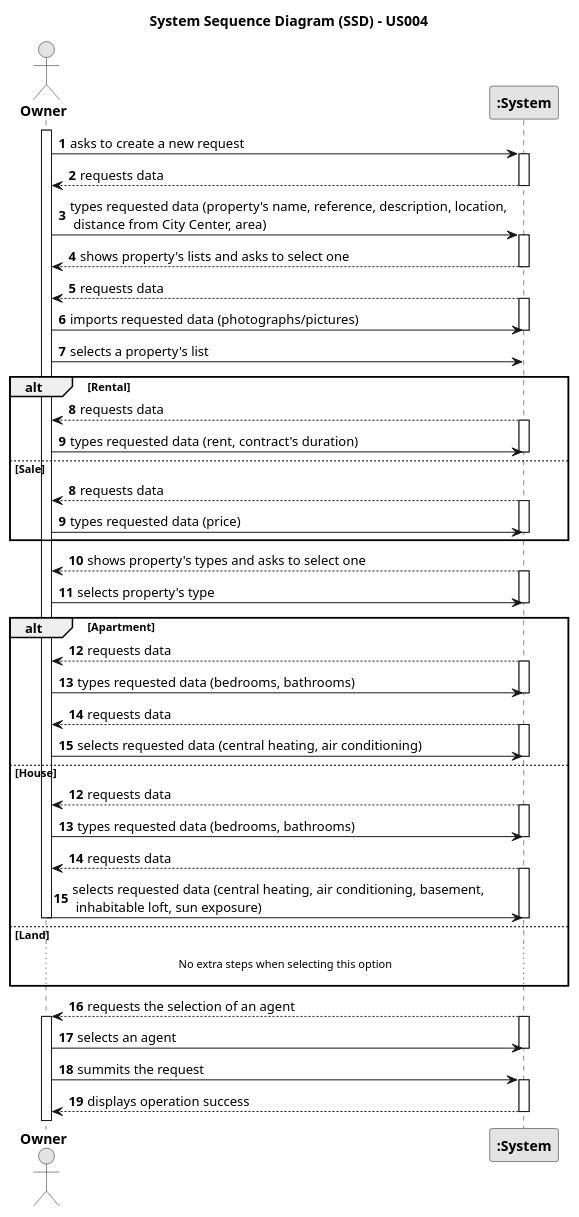
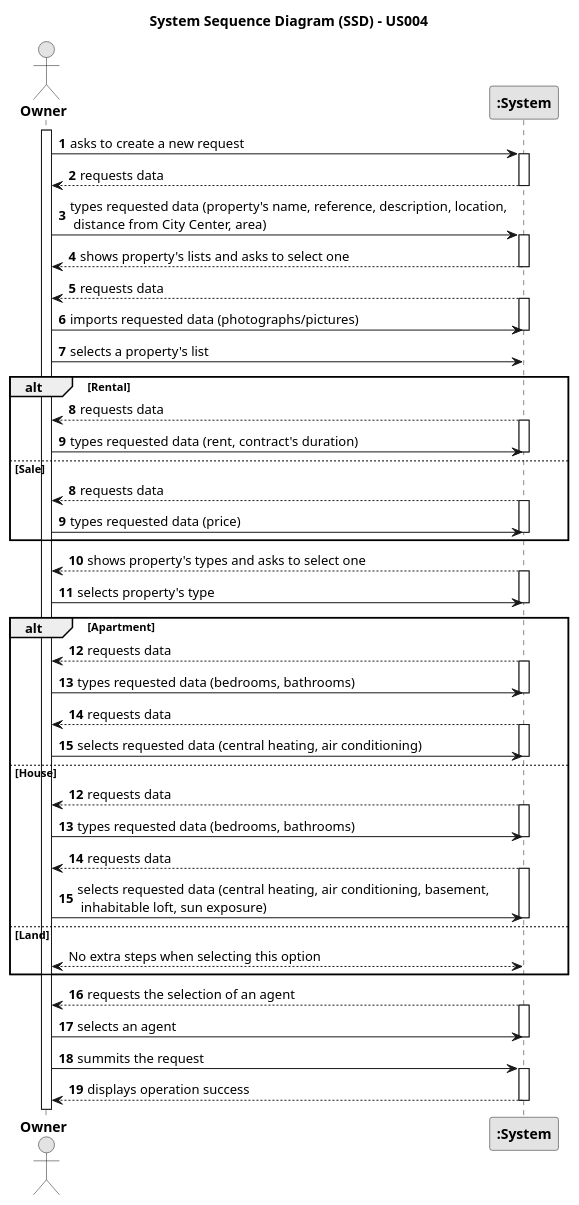
One commit to rita-barbosa/LAPR2-2223 changed the diagram in docs/sprintA/us004/01.requirements-engineering/puml/us004-system-sequence-diagram.puml. Above: the diagram before and after it, drawn with PlantUML. The commit also changed 7 other files, not shown here.

```diff
--- a/docs/sprintA/us004/01.requirements-engineering/puml/us004-system-sequence-diagram.puml
+++ b/docs/sprintA/us004/01.requirements-engineering/puml/us004-system-sequence-diagram.puml
@@ -1,108 +1,110 @@
 @startuml
 skinparam monochrome true
 skinparam packageStyle rectangle
 skinparam shadowing false
 
 title System Sequence Diagram (SSD) - US004
 
 autonumber
 
 actor "<b>Owner</b>" as Owner
 participant "<b>:System</b>" as System
 
 activate Owner
 
     Owner -> System : asks to create a new request
     activate System
 
         System --> Owner : requests data
     deactivate System
 
     Owner -> System : types requested data (property's name, reference, description, location,\n distance from City Center, area)
     activate System
 
         System --> Owner : shows property's lists and asks to select one
     deactivate System
 
 
     System --> "Owner" : requests data
     activate System
     Owner -> System : imports requested data (photographs/pictures)
 
         deactivate System
 
     Owner -> System : selects a property's list
 '    activate System
 '    deactivate System
 
     alt Rental
         autonumber 8
         System --> "Owner": requests data
         activate System
 
         "Owner" -> System: types requested data (rent, contract's duration)
         deactivate System
 
     else Sale
         autonumber 8
          System --> "Owner": requests data
         activate System
 
         "Owner" -> System: types requested data (price)
         deactivate System
 
     end
 
     System --> "Owner" : shows property's types and asks to select one
     activate System
     Owner -> System : selects property's type
     deactivate System
 
+
    alt Apartment
 
         System --> "Owner": requests data
         activate System
 
         "Owner" -> System: types requested data (bedrooms, bathrooms)
         deactivate System
 
     System --> "Owner": requests data
                     activate System
 
                     "Owner" -> System: selects requested data (central heating, air conditioning)
                     deactivate System
 
     else House
         autonumber 12
          System --> "Owner": requests data
         activate System
 
         "Owner" -> System: types requested data (bedrooms, bathrooms)
         deactivate System
 
          System --> "Owner": requests data
-                activate System
+         activate System
 
-                "Owner" -> System: selects requested data (central heating, air conditioning, basement,\n inhabitable loft, sun exposure)
-                deactivate System
-               deactivate "Owner"
+         "Owner" -> System: selects requested data (central heating, air conditioning, basement,\n inhabitable loft, sun exposure)
+         deactivate System
+
     else Land
-
-    ...No extra steps when selecting this option...
+        autonumber stop
+        "Owner" <--> System: No extra steps when selecting this option
 
     end
+
+    autonumber 16
         System --> Owner : requests the selection of an agent
-   activate "Owner"
     activate System
 
     "Owner" -> System : selects an agent
     deactivate System
 
 
         "Owner" -> System : summits the request
     activate System
 
     System --> "Owner" : displays operation success
     deactivate System
 
 @enduml
```
